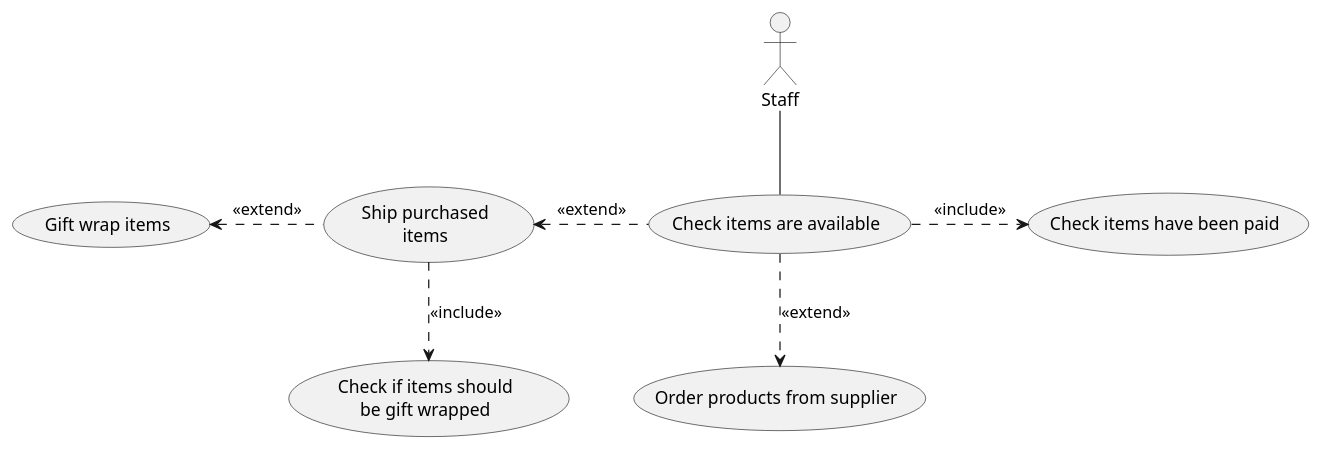
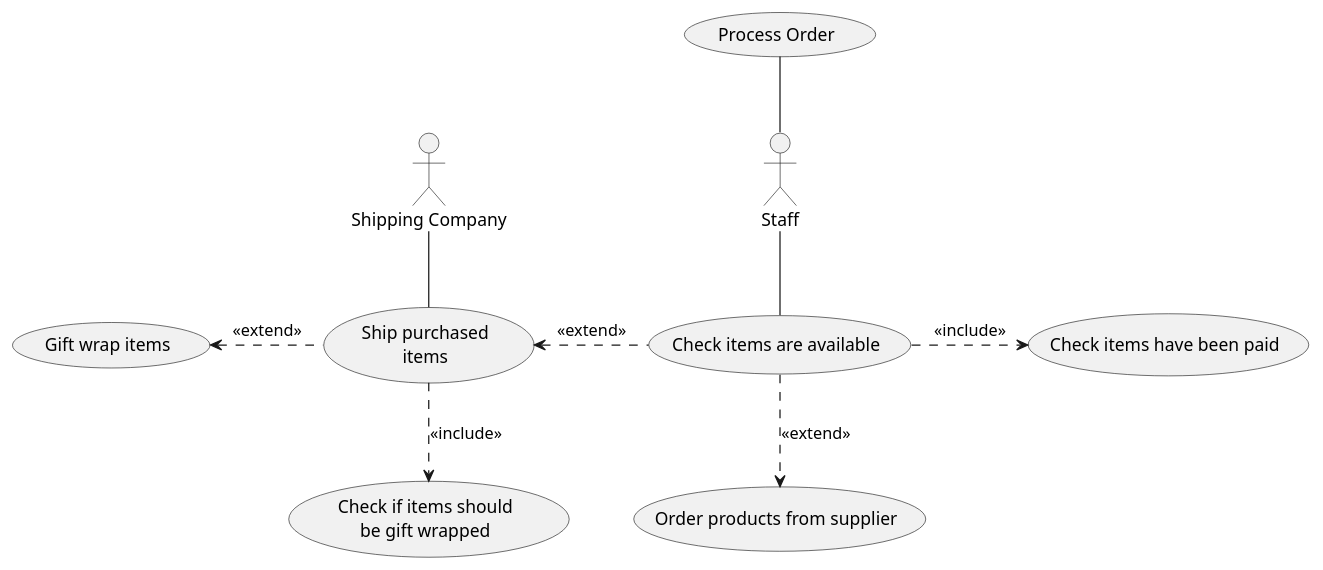
One commit to shaystevens/INFO201-assignments changed the diagram in milestone2/shipping.puml. Above: the diagram before and after it, drawn with PlantUML. The commit also changed 1 other file, not shown here.

Commit message:
Summary added and fixed diagram

```diff
--- a/milestone2/shipping.puml
+++ b/milestone2/shipping.puml
@@ -1,20 +1,24 @@
 @startuml shipping
 actor :Staff: as Staff
+actor :Shipping Company: as shippingcompany
 
 usecase (Gift wrap items) as GiftWrap
 usecase (Ship purchased\nitems) as ShipItems
 usecase (Check items have been paid) as CheckItemsPaid
 usecase (Check items are available) as CheckAvailability
 usecase (Check if items should\nbe gift wrapped) as CheckGiftWrap
 usecase (Order products from supplier) as ContactSupplier
+usecase (Process Order) as process
 
 
 Staff -- CheckAvailability
 ShipItems <. CheckAvailability : <<extend>>
 GiftWrap <. ShipItems : <<extend>>
 CheckAvailability.> CheckItemsPaid : <<include>>
 ShipItems ..> CheckGiftWrap : <<include>>
 CheckAvailability ..> ContactSupplier : <<extend>>
+shippingcompany -- ShipItems
+process -- Staff
 
 
 @enduml
```
